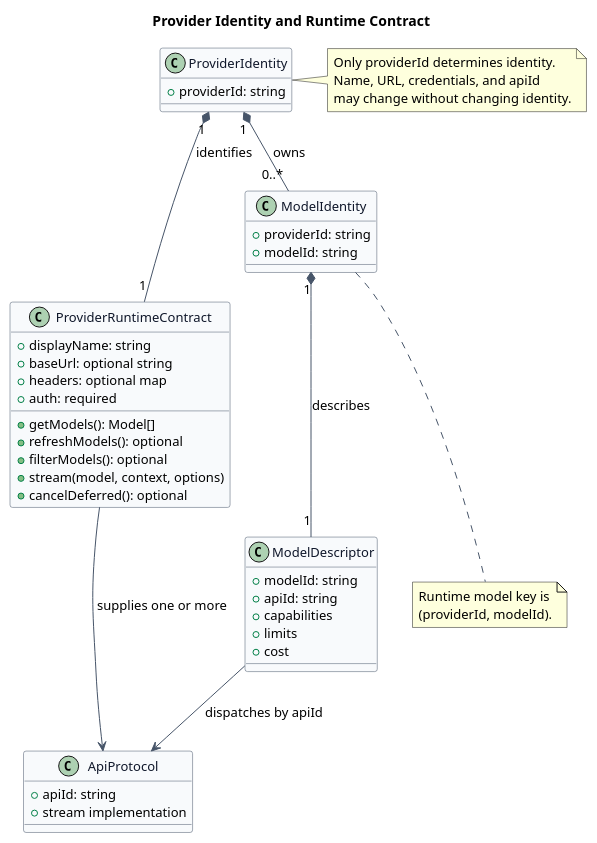
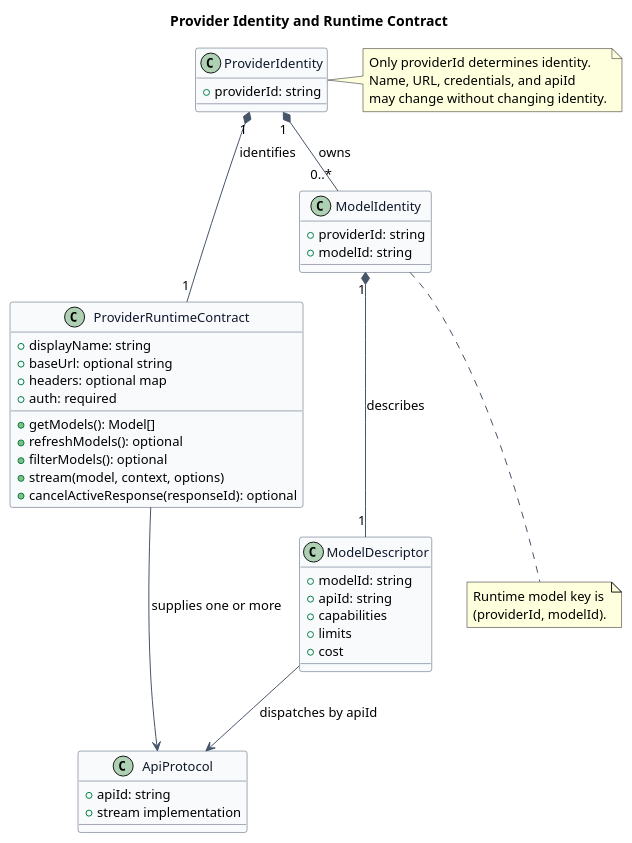
The first of 4 diagrams in model-manager-provider-contract/diagram.puml (ssm0808/pi-mono-java-design), drawn with PlantUML before and after one commit. The commit also changed other lines of this file and 10 other files, not shown here.

```diff
--- a/model-manager-provider-contract/diagram.puml
+++ b/model-manager-provider-contract/diagram.puml
@@ -1,71 +1,71 @@
 @startuml provider_identity_model
 title Provider Identity and Runtime Contract
 
 ' Source evidence:
 ' pi-mono packages/ai/src/models.ts: Provider (lines 88-149), MutableModels (lines 225-230), createProvider (lines 739-862)
 ' pi-mono packages/ai/src/types.ts: ProviderId (lines 35-76), Model (lines 820-850)
 ' Observed behavior: provider.id is the registry key and Model.provider selects the owning provider.
 ' Design reason: identity, protocol dispatch, model identity, and mutable connection data must remain separate.
 
 skinparam backgroundColor #FFFFFF
 skinparam shadowing false
 skinparam defaultFontName Arial
 skinparam defaultFontSize 13
 skinparam class {
   BackgroundColor #F8FAFC
   BorderColor #475569
   FontColor #0F172A
   ArrowColor #475569
 }
 
 class ProviderIdentity {
   +providerId: string
 }
 
 class ProviderRuntimeContract {
   +displayName: string
   +baseUrl: optional string
   +headers: optional map
   +auth: required
   +getModels(): Model[]
   +refreshModels(): optional
   +filterModels(): optional
   +stream(model, context, options)
-  +cancelDeferred(): optional
+  +cancelActiveResponse(responseId): optional
 }
 
 class ModelIdentity {
   +providerId: string
   +modelId: string
 }
 
 class ModelDescriptor {
   +modelId: string
   +apiId: string
   +capabilities
   +limits
   +cost
 }
 
 class ApiProtocol {
   +apiId: string
   +stream implementation
 }
 
 ProviderIdentity "1" *-- "1" ProviderRuntimeContract : identifies
 ProviderIdentity "1" *-- "0..*" ModelIdentity : owns
 ModelIdentity "1" *-- "1" ModelDescriptor : describes
 ModelDescriptor --> ApiProtocol : dispatches by apiId
 ProviderRuntimeContract --> ApiProtocol : supplies one or more
 
 note right of ProviderIdentity
 Only providerId determines identity.
 Name, URL, credentials, and apiId
 may change without changing identity.
 end note
 
 note bottom of ModelIdentity
 Runtime model key is
 (providerId, modelId).
 end note
 @enduml
```
